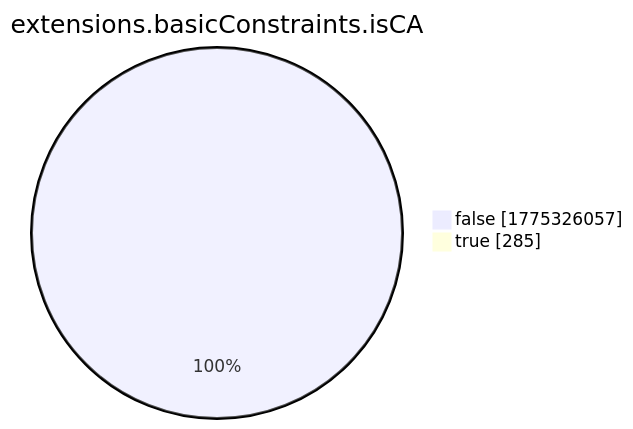
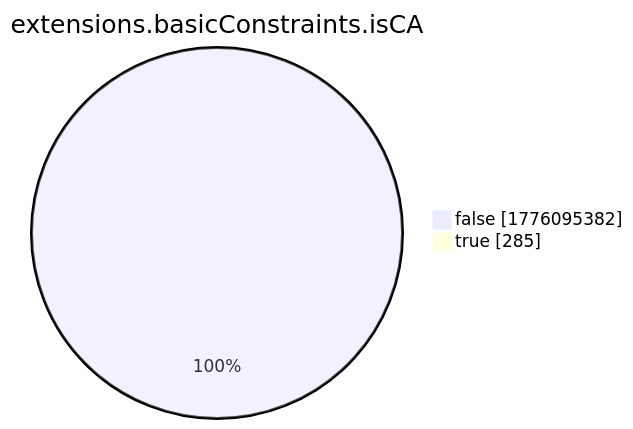
Before and after one commit to christiankrug/ctmonitor_visualization: the eighth of 15 diagrams in xenon2022/README.md, drawn with Mermaid. The commit also changed other lines of this file, not shown here.

````diff
--- a/xenon2022/README.md
+++ b/xenon2022/README.md
@@ -2868,6 +2868,6 @@
 ```mermaid
 pie showData
 title extensions.basicConstraints.isCA
-"false" :1775326057
+"false" :1776095382
 "true" :285
 ```
````
